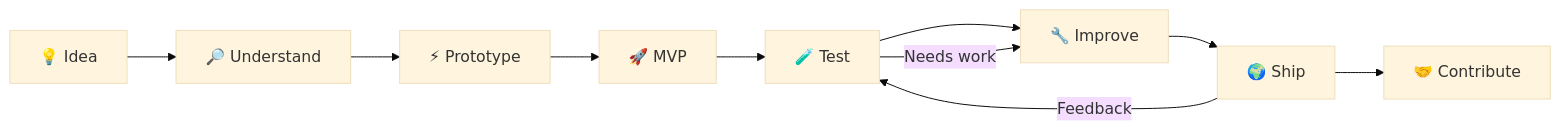
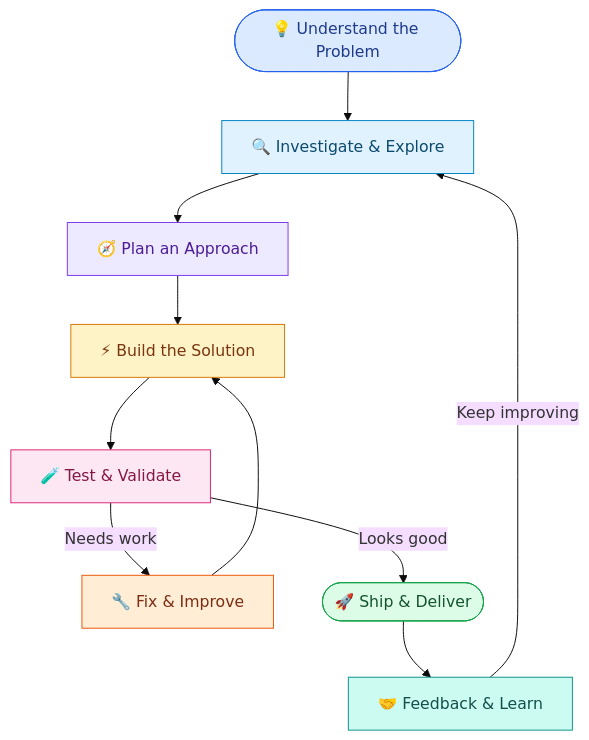
Before and after one commit to udaycodespace/udaycodespace: the second of 2 diagrams in README.md, drawn with Mermaid (base theme). The commit also changed other lines of this file, not shown here.

````diff
--- a/README.md
+++ b/README.md
@@ -263,23 +264,27 @@
 ```mermaid
-flowchart LR
+flowchart TD
+    A(["💡 Understand the Problem"])
+    B["🔍 Investigate & Explore"]
+    C["🧭 Plan an Approach"]
+    D["⚡ Build the Solution"]
+    E["🧪 Test & Validate"]
+    F["🔧 Fix & Improve"]
+    G(["🚀 Ship & Deliver"])
+    H["🤝 Feedback & Learn"]
 
-    A["💡 Idea"]
-    B["🔎 Understand"]
-    C["⚡ Prototype"]
-    D["🚀 MVP"]
-    E["🧪 Test"]
-    F["🔧 Improve"]
-    G["🌍 Ship"]
-    H["🤝 Contribute"]
+    A --> B --> C --> D --> E
+    E -->|Needs work| F
+    F --> D
+    E -->|Looks good| G
+    G --> H
+    H -->|Keep improving| B
 
-    A --> B
-    B --> C
-    C --> D
-    D --> E
-    E --> F
-    F --> G
-    G --> H
-
-    E -->|Needs work| F
-    G -->|Feedback| E
+    style A fill:#dbeafe,stroke:#2563eb,color:#1e3a8a
+    style B fill:#e0f2fe,stroke:#0284c7,color:#0c4a6e
+    style C fill:#ede9fe,stroke:#7c3aed,color:#4c1d95
+    style D fill:#fef3c7,stroke:#d97706,color:#78350f
+    style E fill:#fce7f3,stroke:#db2777,color:#831843
+    style F fill:#ffedd5,stroke:#ea580c,color:#7c2d12
+    style G fill:#dcfce7,stroke:#16a34a,color:#14532d
+    style H fill:#ccfbf1,stroke:#0d9488,color:#134e4a
 ```
````
